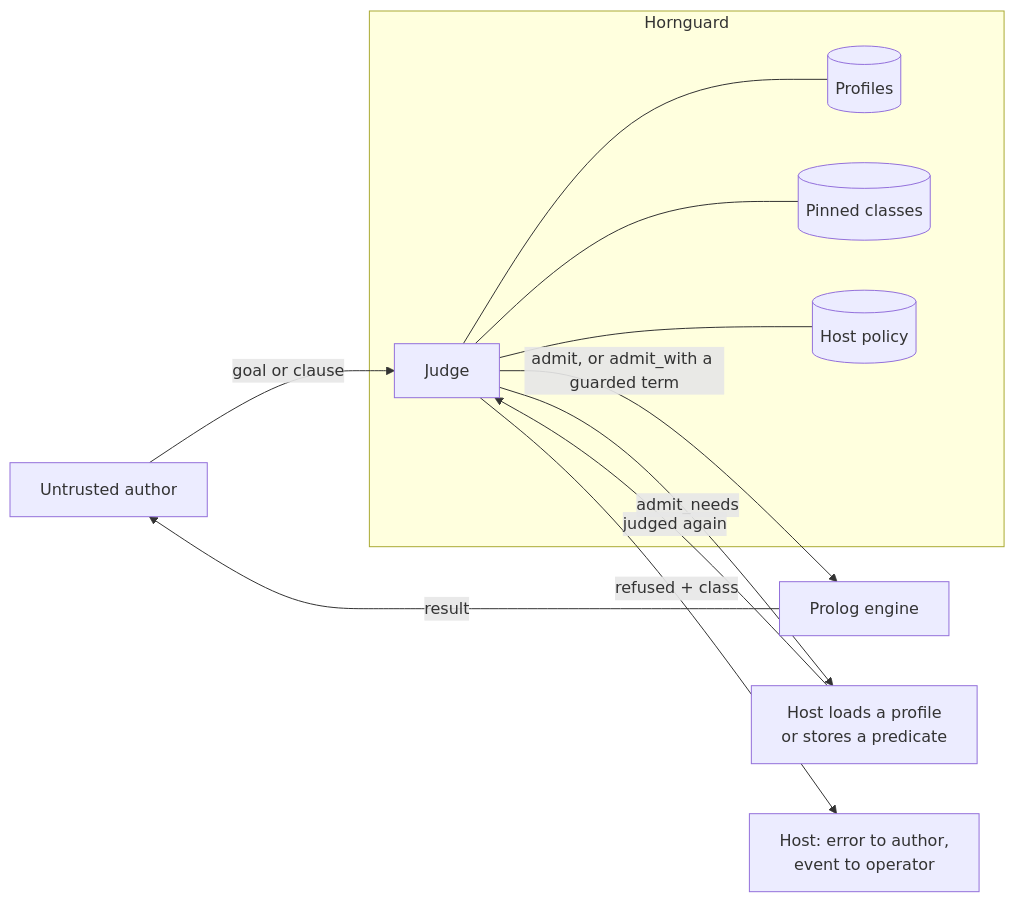
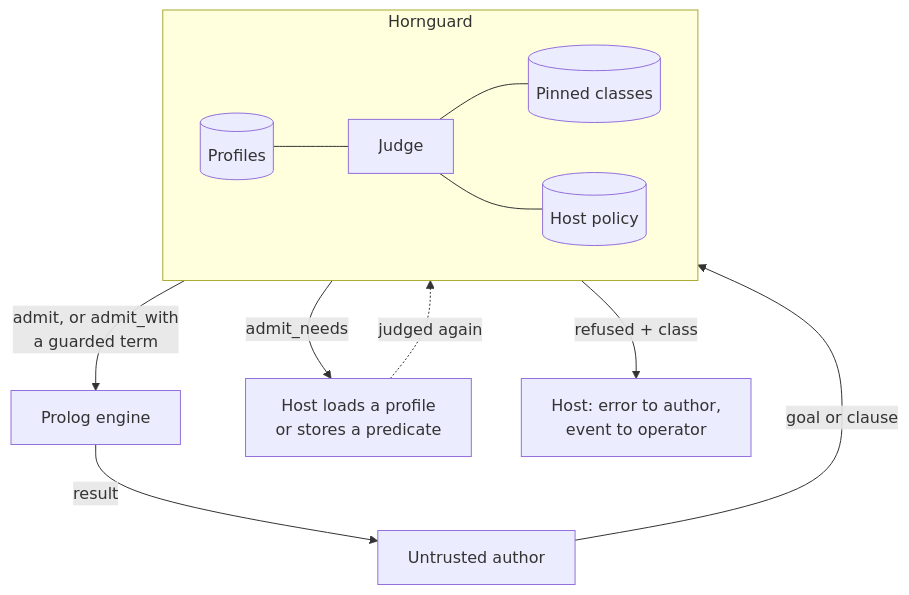
The diagram in README.md (DataGrout/hornguard), drawn with Mermaid before and after one commit.

Commit message:
README: the overview diagram top to bottom, so its loops do not cross
Judge at the top with its three stores beside it, the three verdicts
fanning out below, the result returning up the left, the satisfied need
returning to the judge as a dotted edge.

````diff
--- a/README.md
+++ b/README.md
@@ -22,14 +22,14 @@
 ```mermaid
-flowchart LR
+flowchart TB
     A[Untrusted author] -->|goal or clause| J
     subgraph Hornguard
-        J[Judge] --- P[(Profiles)]
-        J --- K[(Pinned classes)]
+        direction LR
+        P[(Profiles)] --- J[Judge] --- K[(Pinned classes)]
         J --- H[(Host policy)]
     end
-    J -->|admit, or admit_with a guarded term| E[Prolog engine]
+    J -->|admit, or admit_with<br/>a guarded term| E[Prolog engine]
+    J -->|admit_needs| N[Host loads a profile<br/>or stores a predicate]
+    J -->|refused + class| R[Host: error to author,<br/>event to operator]
     E -->|result| A
-    J -->|admit_needs| N[Host loads a profile<br/>or stores a predicate]
-    N -->|judged again| J
-    J -->|refused + class| R[Host: error to author,<br/>event to operator]
+    N -.->|judged again| J
 ```
````
